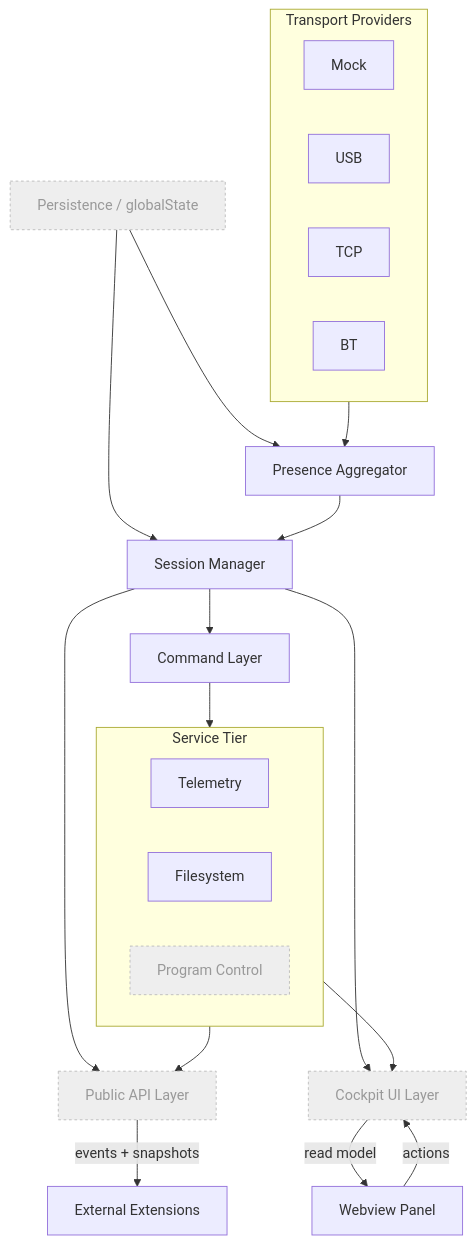
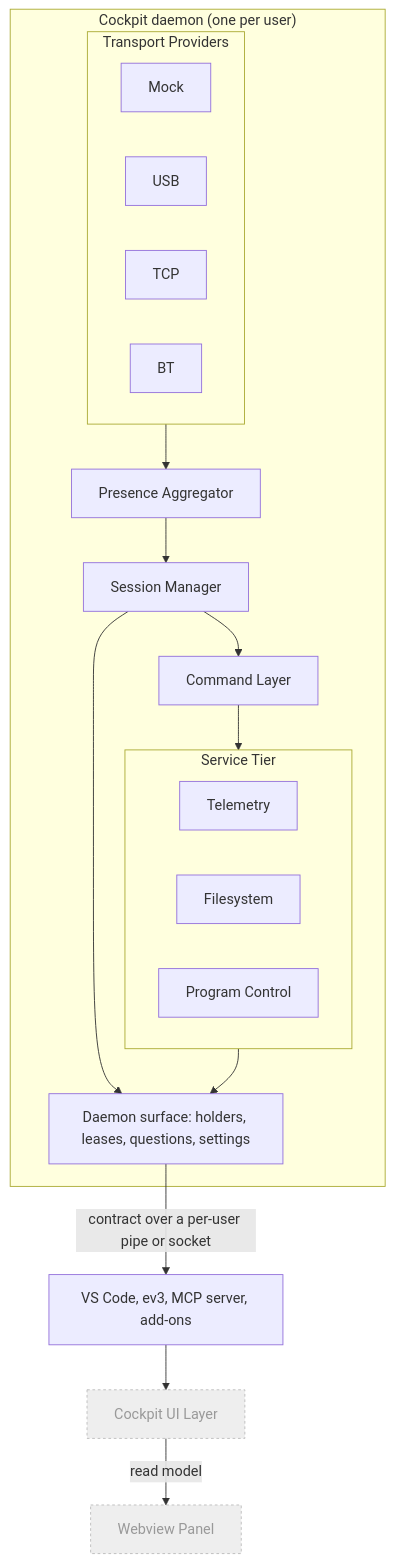
Before and after one commit to 99LevelsUp/ev3-cockpit: the first of 2 diagrams in docs/ARCHITECTURE.md, drawn with Mermaid. The commit also changed other lines of this file and 13 other files, not shown here.

First line of the commit message:
docs: the daemon architecture in the documents of the current state

````diff
--- a/docs/ARCHITECTURE.md
+++ b/docs/ARCHITECTURE.md
@@ -9,39 +9,34 @@
 ```mermaid
 graph TD
-    subgraph Providers["Transport Providers"]
-        PM[Mock]
-        PU[USB]
-        PT[TCP]
-        PB[BT]
+    subgraph Daemon["Cockpit daemon (one per user)"]
+        subgraph Providers["Transport Providers"]
+            PM[Mock]
+            PU[USB]
+            PT[TCP]
+            PB[BT]
+        end
+        PA[Presence Aggregator]
+        SM[Session Manager]
+        CMD[Command Layer]
+        subgraph Services["Service Tier"]
+            TM[Telemetry]
+            FS[Filesystem]
+            PC[Program Control]
+        end
+        SRV[Daemon surface: holders, leases, questions, settings]
     end
-
-    PERS[Persistence / globalState]
-
-    PA[Presence Aggregator]
-    SM[Session Manager]
-    CMD[Command Layer]
-    subgraph Services["Service Tier"]
-        TM[Telemetry]
-        FS[Filesystem]
-        PC[Program Control]
-    end
-    API[Public API Layer]
     UI[Cockpit UI Layer]
 
     Providers --> PA
-    PERS --> PA
-    PERS --> SM
     PA --> SM
     SM --> CMD
     CMD --> Services
-    SM --> API
-    Services --> API
-    SM --> UI
-    Services --> UI
-    API -->|events + snapshots| EXT[External Extensions]
+    SM --> SRV
+    Services --> SRV
+    SRV -->|contract over a per-user pipe or socket| CL[VS Code, ev3, MCP server, add-ons]
+    CL --> UI
     UI -->|read model| PANEL[Webview Panel]
-    PANEL -->|actions| UI
 
     classDef dimmed fill:#eee,stroke:#bbb,color:#999,stroke-dasharray: 3 3;
-    class PERS,PC,API,UI dimmed
+    class UI,PANEL dimmed
 ```
````
